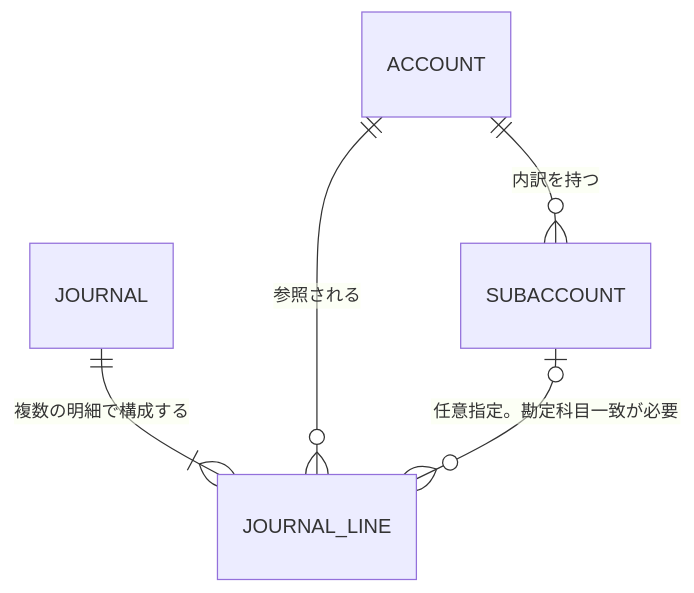
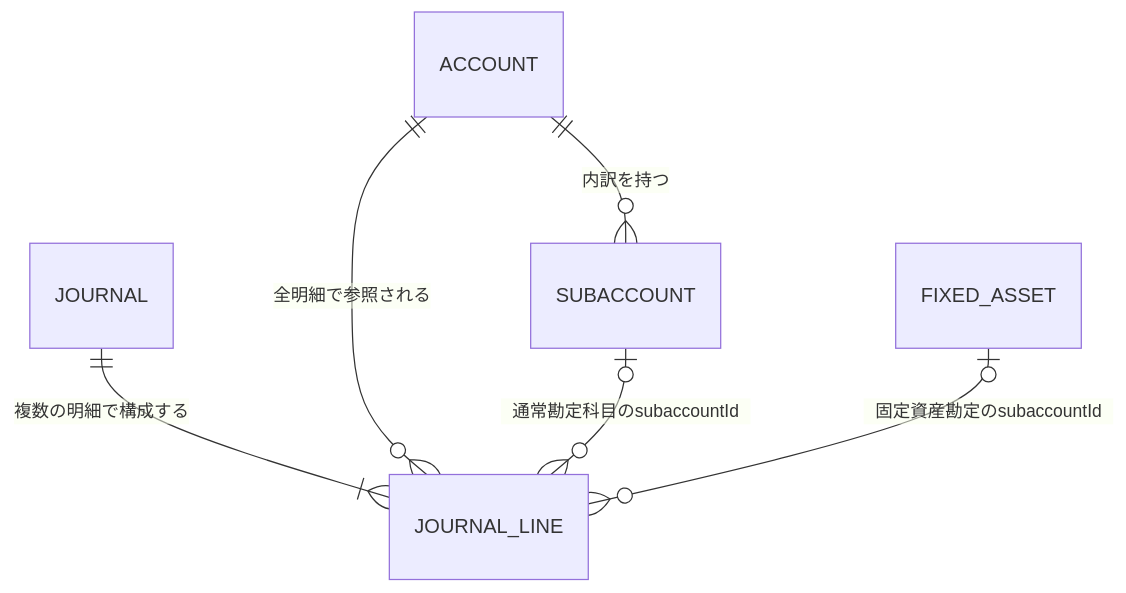
One commit to akichko/aidevtemplate changed the diagram in docs/design/data/er-diagram.md. Above: the diagram before and after it, drawn with Mermaid. The commit also changed other lines of this file and 47 other files, not shown here.

````diff
--- a/docs/design/data/er-diagram.md
+++ b/docs/design/data/er-diagram.md
@@ -5,7 +5,8 @@
 ```mermaid
 erDiagram
     JOURNAL ||--|{ JOURNAL_LINE : "複数の明細で構成する"
-    ACCOUNT ||--o{ JOURNAL_LINE : "参照される"
+    ACCOUNT ||--o{ JOURNAL_LINE : "全明細で参照される"
     ACCOUNT ||--o{ SUBACCOUNT : "内訳を持つ"
-    SUBACCOUNT o|--o{ JOURNAL_LINE : "任意指定。勘定科目一致が必要"
+    SUBACCOUNT o|--o{ JOURNAL_LINE : "通常勘定科目のsubaccountId"
+    FIXED_ASSET o|--o{ JOURNAL_LINE : "固定資産勘定のsubaccountId"
 ```
````
